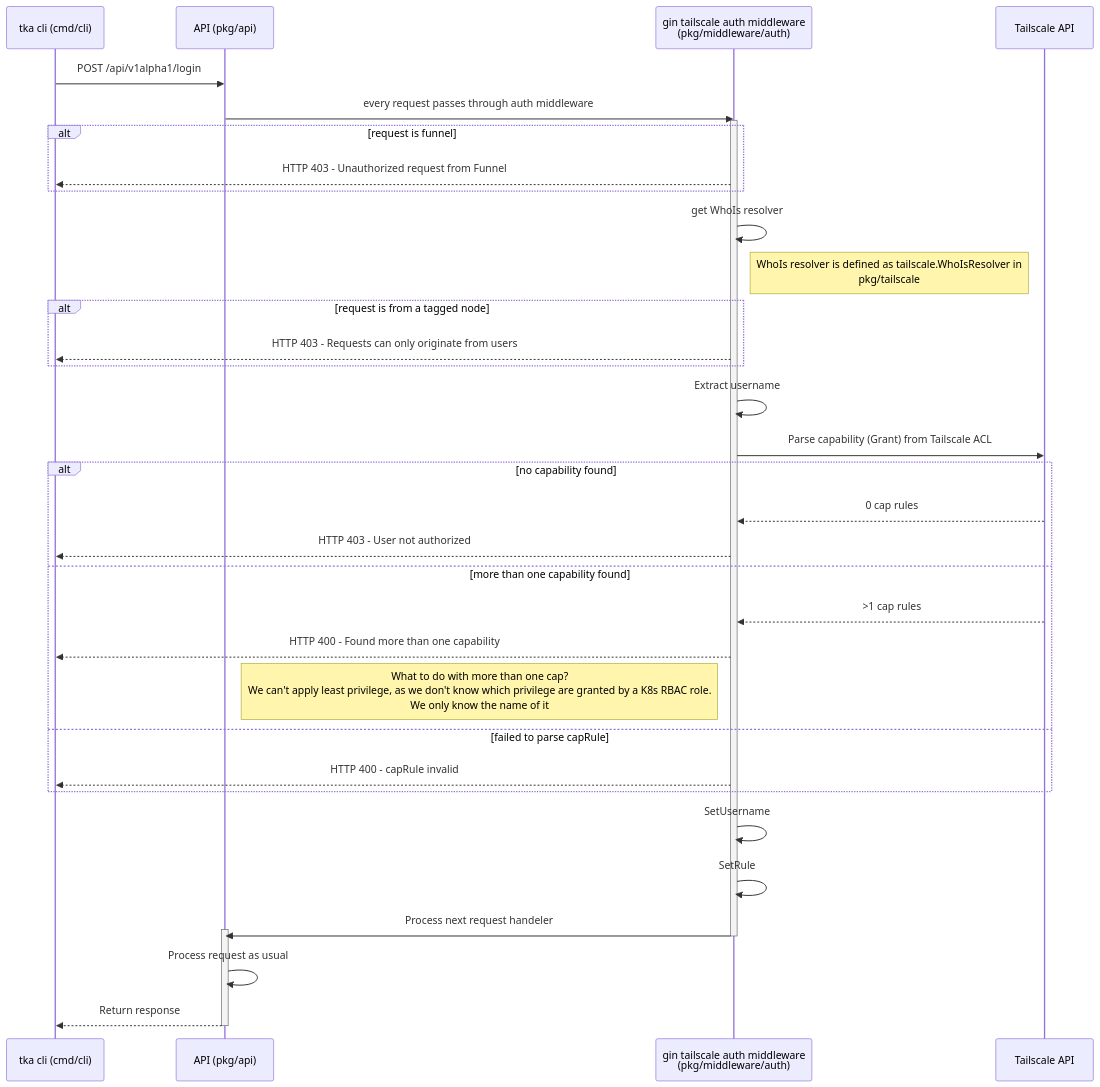
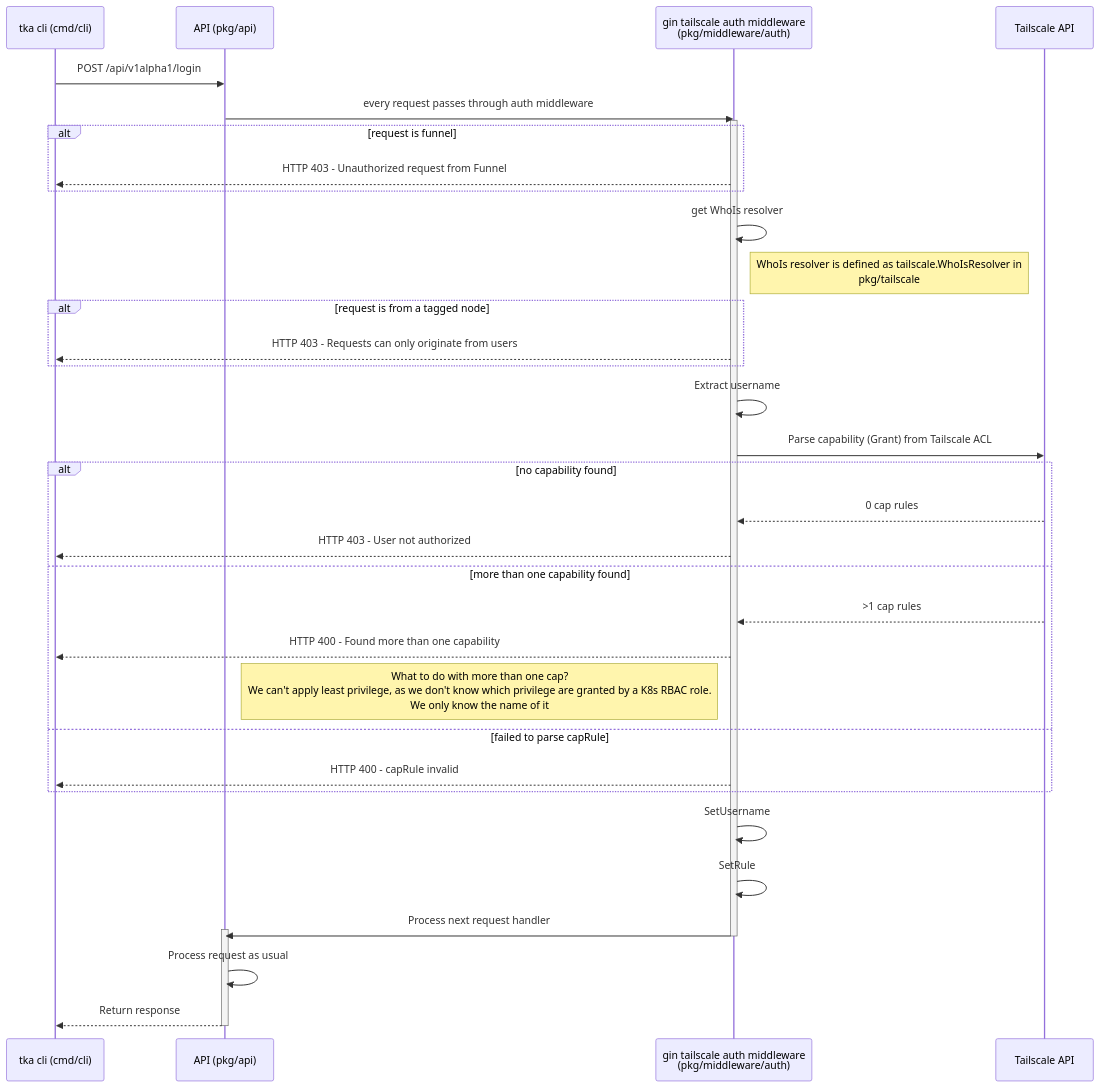
Before and after one commit to SpechtLabs/tka: the second of 5 diagrams in docs/reference/developer/request-flows.md, drawn with Mermaid. The commit also changed 12 other files, not shown here.

````diff
--- a/docs/reference/developer/request-flows.md
+++ b/docs/reference/developer/request-flows.md
@@ -71,47 +71,47 @@
 ```mermaid
 sequenceDiagram
     participant cli as tka cli (cmd/cli)
     participant api as API (pkg/api)
     participant auth as gin tailscale auth middleware<br/> (pkg/middleware/auth)
     participant ts as Tailscale API
 
     cli->>api: POST /api/v1alpha1/login
     api->>auth: every request passes through auth middleware
     activate auth
 
     alt request is funnel
         auth-->>cli: HTTP 403 - Unauthorized request from Funnel
     end
 
     auth->>auth: get WhoIs resolver
     Note right of auth: WhoIs resolver is defined as tailscale.WhoIsResolver in <br/> pkg/tailscale
 
     alt request is from a tagged node
         auth-->>cli: HTTP 403 - Requests can only originate from users
     end
 
     auth->>auth: Extract username
 
     auth->>ts: Parse capability (Grant) from Tailscale ACL
 
     alt no capability found
         ts-->>auth: 0 cap rules
         auth-->>cli: HTTP 403 - User not authorized
     else more than one capability found
         ts-->>auth: >1 cap rules
         auth-->>cli: HTTP 400 - Found more than one capability
         Note left of auth: What to do with more than one cap?<br/>We can't apply least privilege, as we don't know which privilege are granted by a K8s RBAC role.<br/>We only know the name of it
     else failed to parse capRule
         auth-->>cli: HTTP 400 - capRule invalid
     end
 
     auth->>auth: SetUsername
     auth->>auth: SetRule
-    auth->>api: Process next request handeler
+    auth->>api: Process next request handler
     activate api
     deactivate auth
     api->>api: Process request as usual
     api-->>cli: Return response
     deactivate api
 
 ```
````
